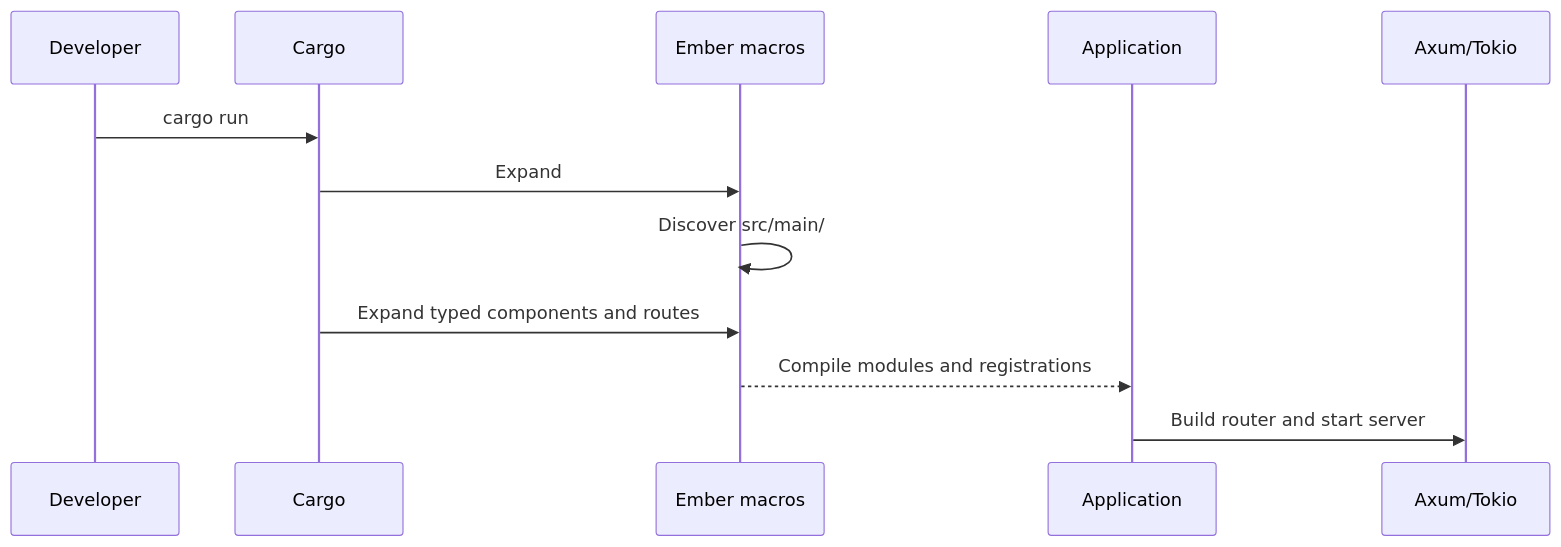
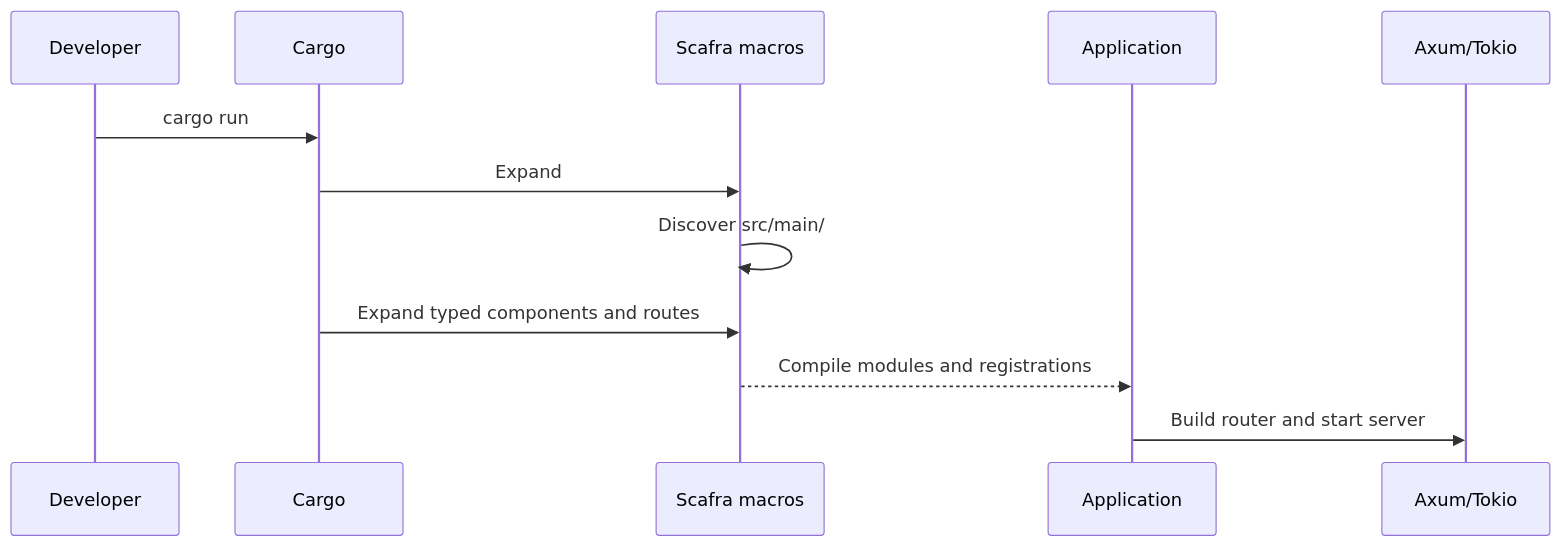
One commit to Ember-rs/ember changed the diagram in docs/generated-code.md. Above: the diagram before and after it, drawn with Mermaid. The commit also changed other lines of this file and 262 other files, not shown here.

````diff
--- a/docs/generated-code.md
+++ b/docs/generated-code.md
@@ -45,15 +45,15 @@
 ```mermaid
 sequenceDiagram
     participant Dev as Developer
     participant Cargo
-    participant Ember as Ember macros
+    participant Scafra as Scafra macros
     participant App as Application
     participant Server as Axum/Tokio
 
     Dev->>Cargo: cargo run
-    Cargo->>Ember: Expand #[ember::main]
-    Ember->>Ember: Discover src/main/
-    Cargo->>Ember: Expand typed components and routes
-    Ember-->>App: Compile modules and registrations
+    Cargo->>Scafra: Expand #[scafra::main]
+    Scafra->>Scafra: Discover src/main/
+    Cargo->>Scafra: Expand typed components and routes
+    Scafra-->>App: Compile modules and registrations
     App->>Server: Build router and start server
 ```
````
